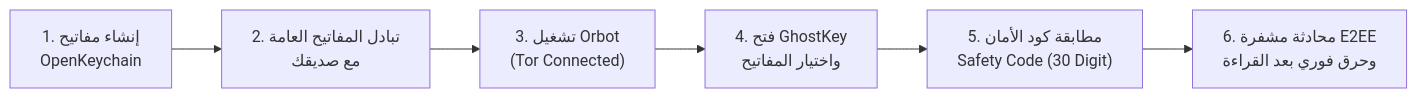
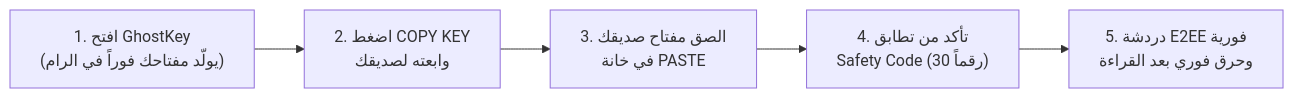
Before and after one commit to ahmed-elbasyony123/Anti-jail: the diagram in README.md, drawn with Mermaid. The commit also changed other lines of this file, not shown here.

````diff
--- a/README.md
+++ b/README.md
@@ -112,8 +113,7 @@
 ```mermaid
 flowchart LR
-    A["1. إنشاء مفاتيح\nOpenKeychain"] --> B["2. تبادل المفاتيح العامة\nمع صديقك"]
-    B --> C["3. تشغيل Orbot\n(Tor Connected)"]
-    C --> D["4. فتح GhostKey\nواختيار المفاتيح"]
-    D --> E["5. مطابقة كود الأمان\nSafety Code (30 Digit)"]
-    E --> F["6. محادثة مشفرة E2EE\nوحرق فوري بعد القراءة"]
+    A["1. افتح GhostKey\n(يولّد مفتاحك فوراً في الرام)"] --> B["2. اضغط COPY KEY\nوابعته لصديقك"]
+    B --> C["3. الصق مفتاح صديقك\nفي خانة PASTE"]
+    C --> D["4. تأكد من تطابق\nSafety Code (30 رقماً)"]
+    D --> E["5. دردشة E2EE فورية\nوحرق فوري بعد القراءة"]
 ```
````
